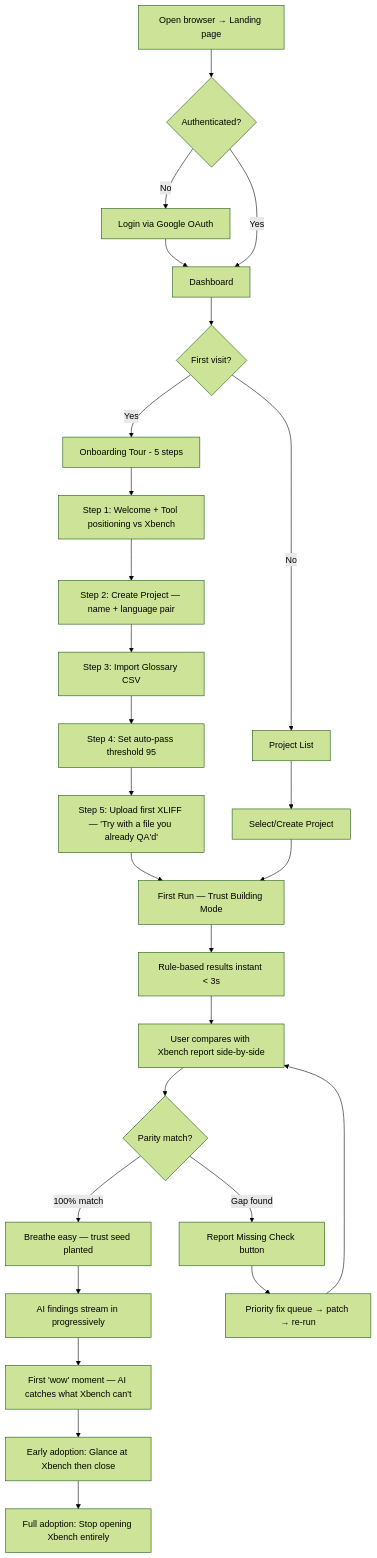
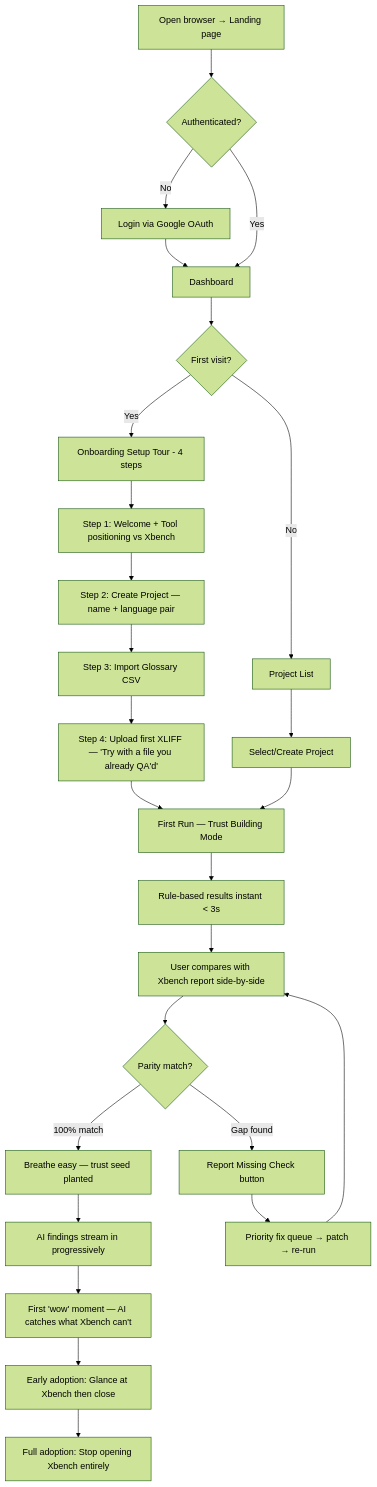
Before and after one commit to Jirawatpyk/QA-Localization-tool: the first of 6 diagrams in _bmad-output/planning-artifacts/ux-design-specification/user-journey-flows.md, drawn with Mermaid (forest theme). The commit also changed other lines of this file and 6 other files, not shown here.

````diff
--- a/_bmad-output/planning-artifacts/ux-design-specification/user-journey-flows.md
+++ b/_bmad-output/planning-artifacts/ux-design-specification/user-journey-flows.md
@@ -9,30 +9,29 @@
 ```mermaid
 flowchart TD
     A[Open browser → Landing page] --> B{Authenticated?}
     B -->|No| C[Login via Google OAuth]
     B -->|Yes| D[Dashboard]
     C --> D
     D --> E{First visit?}
-    E -->|Yes| F[Onboarding Tour - 5 steps]
+    E -->|Yes| F[Onboarding Setup Tour - 4 steps]
     E -->|No| G[Project List]
     F --> F1[Step 1: Welcome + Tool positioning vs Xbench]
     F1 --> F2[Step 2: Create Project — name + language pair]
     F2 --> F3[Step 3: Import Glossary CSV]
-    F3 --> F4[Step 4: Set auto-pass threshold 95]
-    F4 --> F5[Step 5: Upload first XLIFF — 'Try with a file you already QA'd']
-    F5 --> H[First Run — Trust Building Mode]
+    F3 --> F4[Step 4: Upload first XLIFF — 'Try with a file you already QA'd']
+    F4 --> H[First Run — Trust Building Mode]
     G --> G1[Select/Create Project]
     G1 --> H
 
     H --> I[Rule-based results instant < 3s]
     I --> J[User compares with Xbench report side-by-side]
     J --> K{Parity match?}
     K -->|100% match| L[Breathe easy — trust seed planted]
     K -->|Gap found| M[Report Missing Check button]
     M --> N[Priority fix queue → patch → re-run]
     N --> J
     L --> O[AI findings stream in progressively]
     O --> P[First 'wow' moment — AI catches what Xbench can't]
     P --> Q[Early adoption: Glance at Xbench then close]
     Q --> R[Full adoption: Stop opening Xbench entirely]
 ```
````
